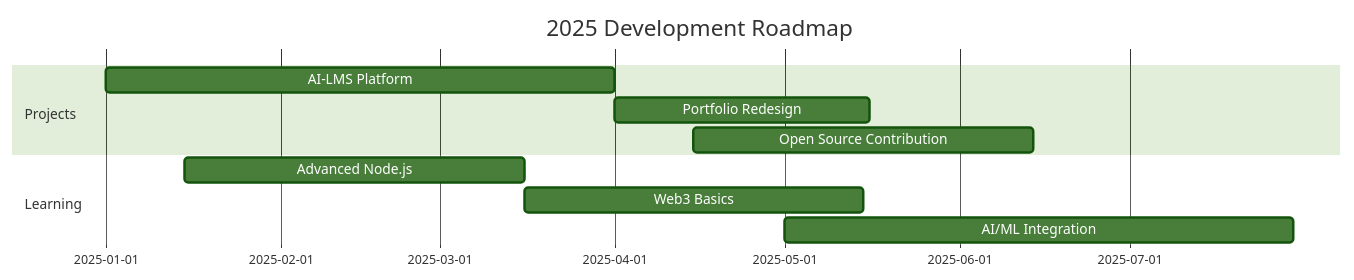
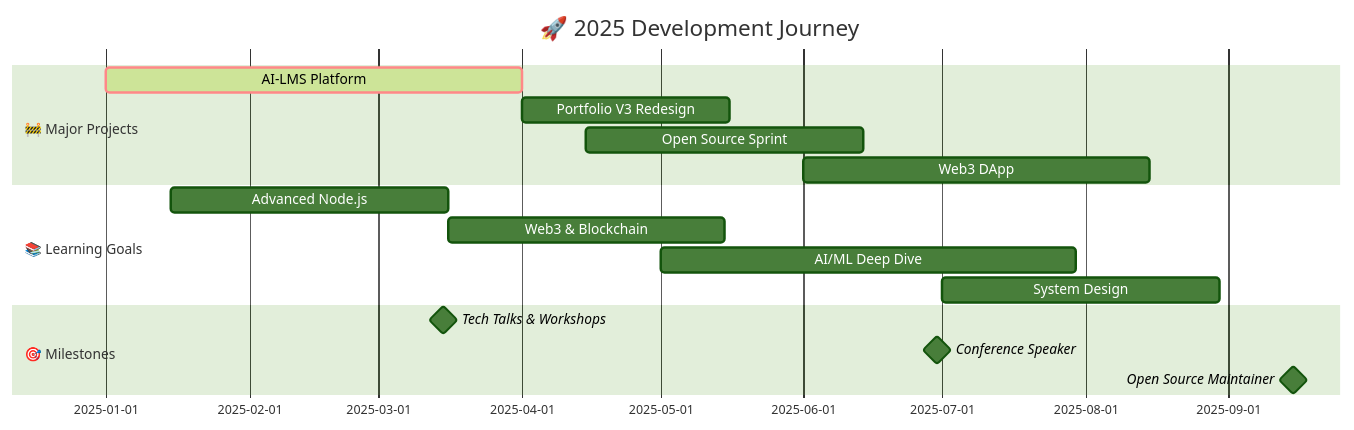
The diagram in README.md (ASHUTOSH-KUMAR-RAO/ASHUTOSH-KUMAR-RAO), drawn with Mermaid (forest theme) before and after one commit. The commit also changed other lines of this file, not shown here.

````diff
--- a/README.md
+++ b/README.md
@@ -222,13 +470,21 @@
 ```mermaid
 gantt
-    title 2025 Development Roadmap
+    title 🚀 2025 Development Journey
     dateFormat  YYYY-MM-DD
-    section Projects
-    AI-LMS Platform     :a1, 2025-01-01, 90d
-    Portfolio Redesign  :a2, after a1, 45d
-    Open Source Contribution :a3, 2025-04-15, 60d
-    section Learning
-    Advanced Node.js    :b1, 2025-01-15, 60d
-    Web3 Basics        :b2, after b1, 60d
-    AI/ML Integration  :b3, 2025-05-01, 90d
+    section 🚧 Major Projects
+    AI-LMS Platform         :crit, active, a1, 2025-01-01, 90d
+    Portfolio V3 Redesign   :a2, after a1, 45d
+    Open Source Sprint      :a3, 2025-04-15, 60d
+    Web3 DApp               :a4, 2025-06-01, 75d
+    
+    section 📚 Learning Goals
+    Advanced Node.js        :b1, 2025-01-15, 60d
+    Web3 & Blockchain       :b2, after b1, 60d
+    AI/ML Deep Dive         :b3, 2025-05-01, 90d
+    System Design           :b4, 2025-07-01, 60d
+    
+    section 🎯 Milestones
+    Tech Talks & Workshops  :milestone, m1, 2025-03-15, 0d
+    Conference Speaker      :milestone, m2, 2025-06-30, 0d
+    Open Source Maintainer :milestone, m3, 2025-09-15, 0d
 ```
````
